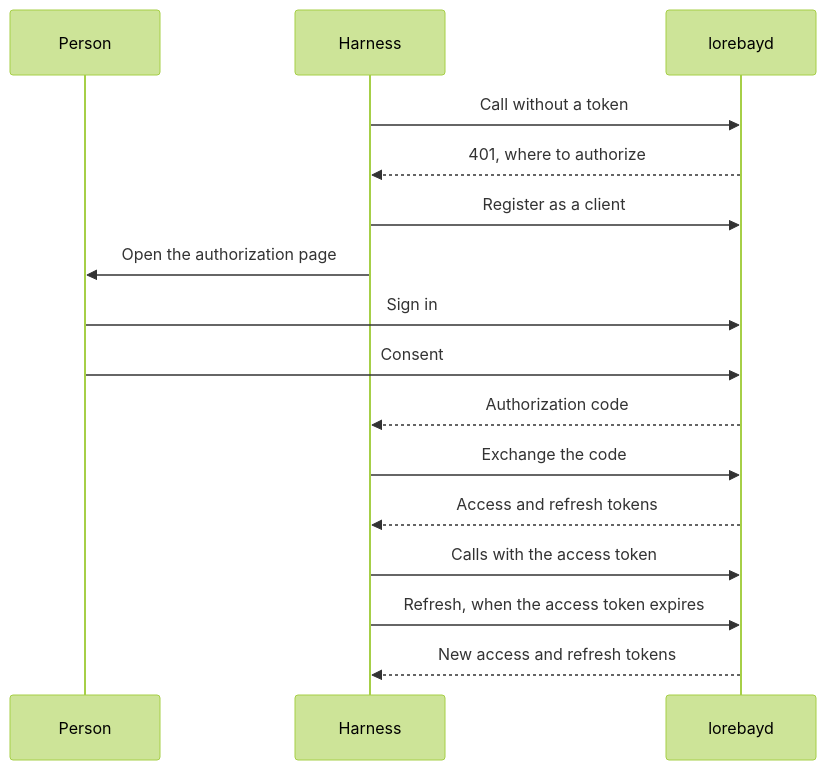
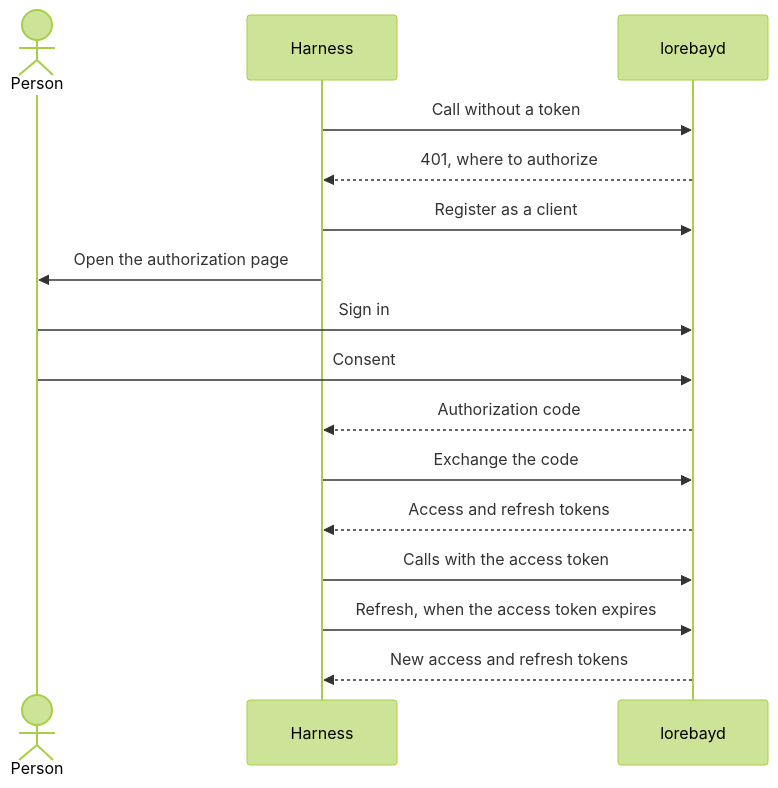
Before and after one commit to lorebayai/lorebay: the diagram in docs/architecture/identity.md, drawn with Mermaid (forest theme). The commit also changed other lines of this file and 57 other files, not shown here.

````diff
--- a/docs/architecture/identity.md
+++ b/docs/architecture/identity.md
@@ -214,18 +214,16 @@
 ```mermaid
 sequenceDiagram
-    participant P as Person
-    participant H as Harness
-    participant L as lorebayd
-    H->>L: Call without a token
-    L-->>H: 401, where to authorize
-    H->>L: Register as a client
-    H->>P: Open the authorization page
-    P->>L: Sign in
-    P->>L: Consent
-    L-->>H: Authorization code
-    H->>L: Exchange the code
-    L-->>H: Access and refresh tokens
-    H->>L: Calls with the access token
-    H->>L: Refresh, when the access token expires
-    L-->>H: New access and refresh tokens
+    actor Person
+    Harness->>lorebayd: Call without a token
+    lorebayd-->>Harness: 401, where to authorize
+    Harness->>lorebayd: Register as a client
+    Harness->>Person: Open the authorization page
+    Person->>lorebayd: Sign in
+    Person->>lorebayd: Consent
+    lorebayd-->>Harness: Authorization code
+    Harness->>lorebayd: Exchange the code
+    lorebayd-->>Harness: Access and refresh tokens
+    Harness->>lorebayd: Calls with the access token
+    Harness->>lorebayd: Refresh, when the access token expires
+    lorebayd-->>Harness: New access and refresh tokens
 ```
````
